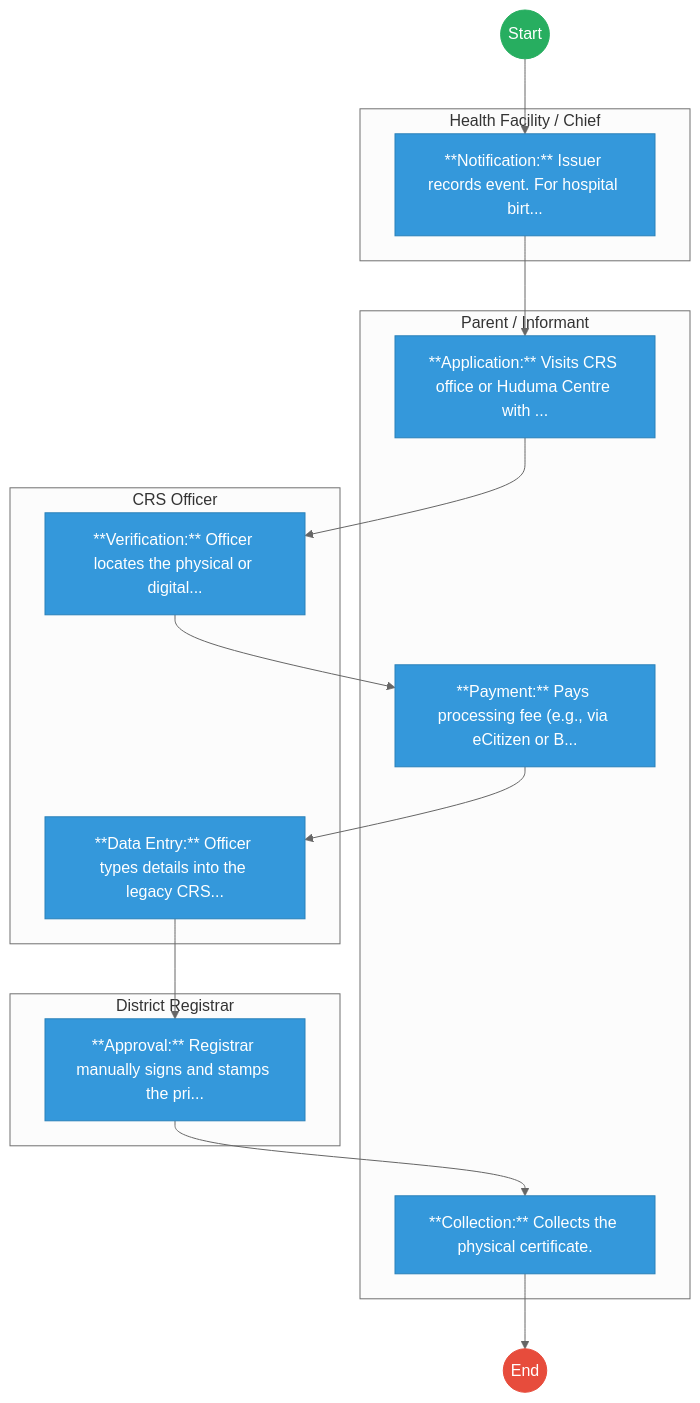
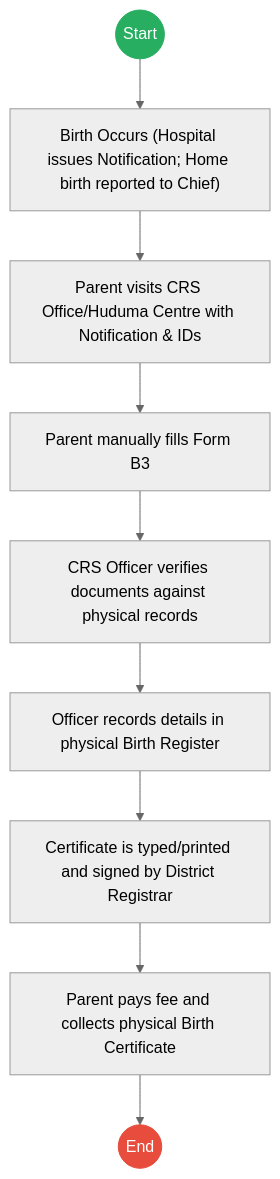
Before and after one commit to BITZ-IT-Consulting-LTD/ictapoc: the first of 4 diagrams in mdas/docs_final/_CIVIL_REGISTRATION_SERVICES_CRS____Service_Delivery.md, drawn with Mermaid (neutral theme). The commit also changed other lines of this file and 4 other files, not shown here.

````diff
--- a/mdas/docs_final/_CIVIL_REGISTRATION_SERVICES_CRS____Service_Delivery.md
+++ b/mdas/docs_final/_CIVIL_REGISTRATION_SERVICES_CRS____Service_Delivery.md
@@ -20,39 +20,16 @@
 ```mermaid
 graph TD
     Start((Start)) --> S1
-
-    subgraph Health_Facility___Chief [Health Facility / Chief]
-        S1["**Notification:** Issuer records event. For hospital birt..."]
-    end
-
-    subgraph Parent___Informant [Parent / Informant]
-        S2["**Application:** Visits CRS office or Huduma Centre with ..."]
-        S4["**Payment:** Pays processing fee (e.g., via eCitizen or B..."]
-        S7["**Collection:** Collects the physical certificate."]
-    end
-
-    subgraph CRS_Officer [CRS Officer]
-        S3["**Verification:** Officer locates the physical or digital..."]
-        S5["**Data Entry:** Officer types details into the legacy CRS..."]
-    end
-
-    subgraph District_Registrar [District Registrar]
-        S6["**Approval:** Registrar manually signs and stamps the pri..."]
-    end
-    S1 --> S2
-    S2 --> S3
-    S3 --> S4
-    S4 --> S5
-    S5 --> S6
-    S6 --> S7
-    S7 --> End((End))
+    S1["Birth Occurs (Hospital issues Notification; Home birth reported to Chief)"] --> S2
+    S2["Parent visits CRS Office/Huduma Centre with Notification & IDs"] --> S3
+    S3["Parent manually fills Form B3"] --> S4
+    S4["CRS Officer verifies documents against physical records"] --> S5
+    S5["Officer records details in physical Birth Register"] --> S6
+    S6["Certificate is typed/printed and signed by District Registrar"] --> S7
+    S7["Parent pays fee and collects physical Birth Certificate"] --> End((End))
 
     classDef start fill:#27ae60,stroke:#27ae60,color:#fff;
     classDef endNode fill:#e74c3c,stroke:#e74c3c,color:#fff;
-    classDef userTask fill:#3498db,stroke:#2980b9,color:#fff;
-    classDef serviceTask fill:#9b59b6,stroke:#8e44ad,color:#fff;
-
     class Start start;
     class End endNode;
-    class S1,S2,S3,S4,S5,S6,S7 userTask;
 ```
````
